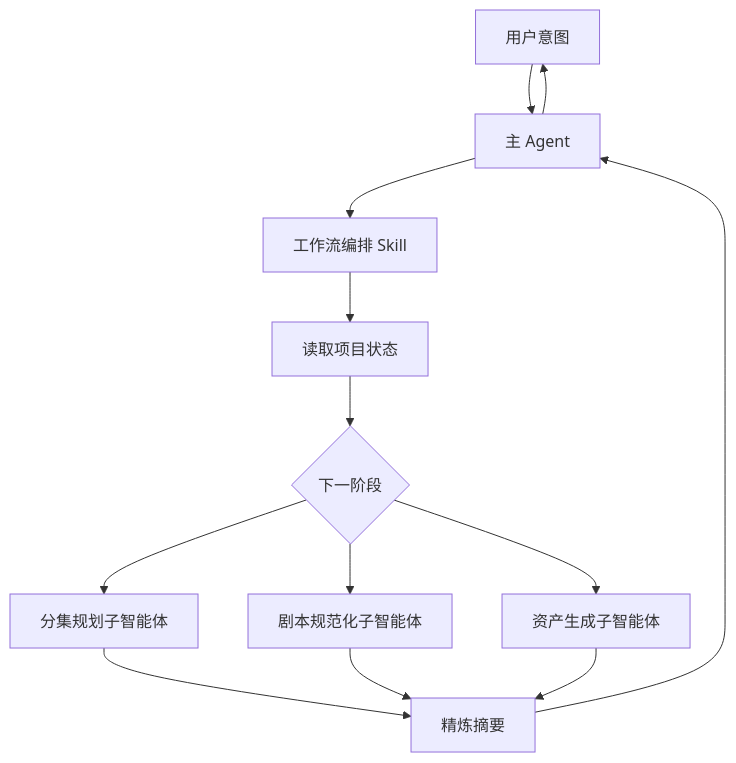
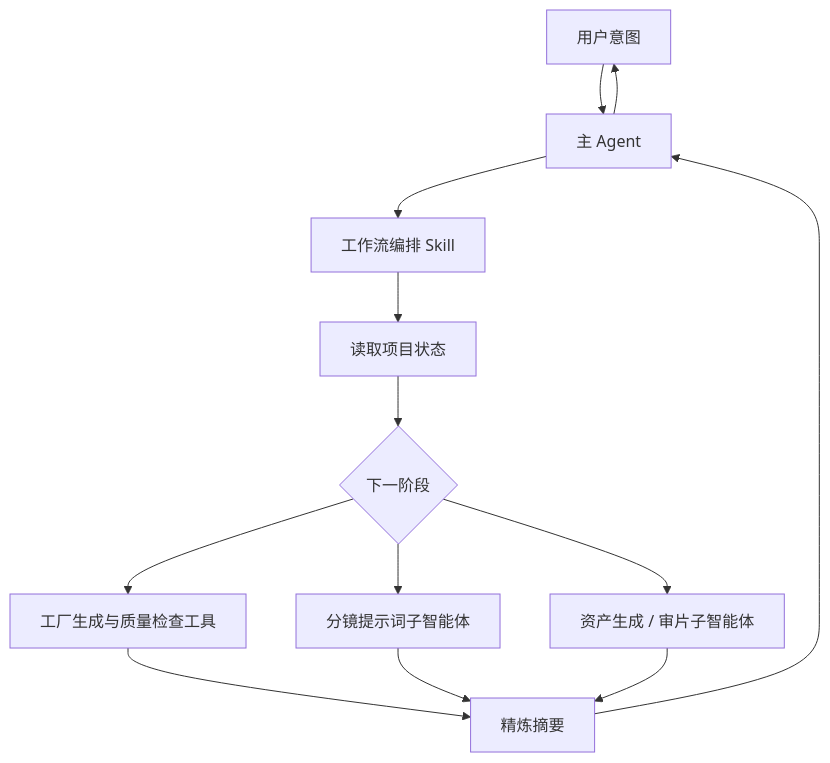
One commit to myvivk/ArcReel-main changed the second of 3 diagrams in website/docs/dev/architecture.md. Above: the diagram before and after it, drawn with Mermaid. The commit also changed other lines of this file and 753 other files, not shown here.

````diff
--- a/website/docs/dev/architecture.md
+++ b/website/docs/dev/architecture.md
@@ -94,15 +94,15 @@
 ```mermaid
 flowchart TD
     U["用户意图"] --> MAIN["主 Agent"]
     MAIN --> SKILL["工作流编排 Skill"]
     SKILL --> STATE["读取项目状态"]
     STATE --> DECIDE{"下一阶段"}
-    DECIDE --> B["分集规划子智能体"]
-    DECIDE --> C["剧本规范化子智能体"]
-    DECIDE --> D["资产生成子智能体"]
+    DECIDE --> B["工厂生成与质量检查工具"]
+    DECIDE --> C["分镜提示词子智能体"]
+    DECIDE --> D["资产生成 / 审片子智能体"]
     B --> SUMMARY["精炼摘要"]
     C --> SUMMARY
     D --> SUMMARY
     SUMMARY --> MAIN
     MAIN --> U
 ```
````
